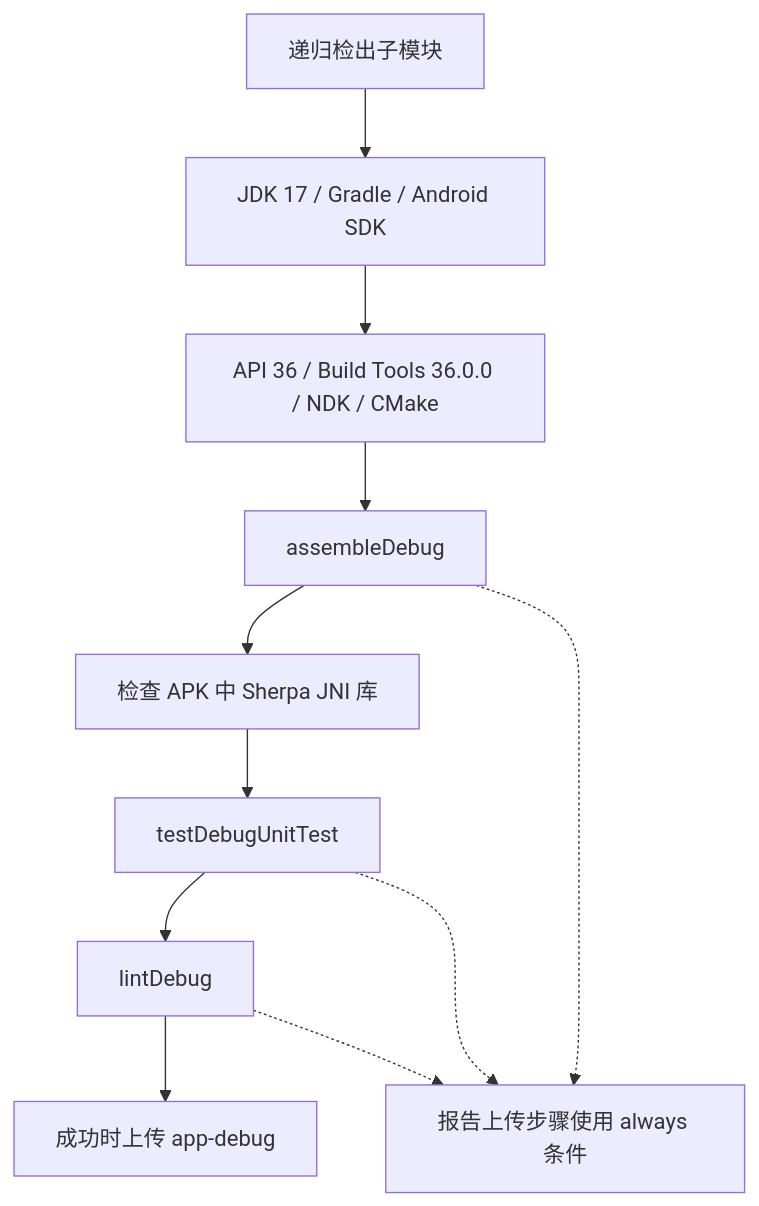
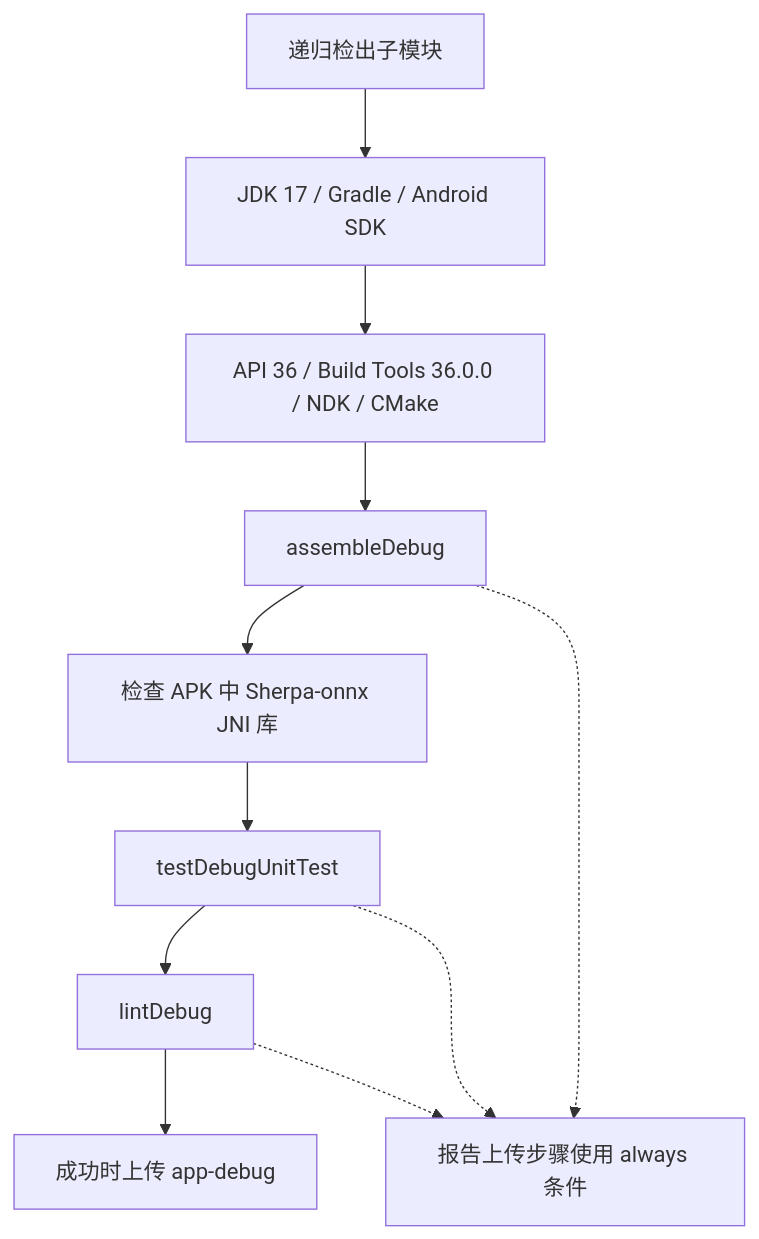
Before and after one commit to ZG0704666/Aries-AI: the diagram in Aries-site/docs/开发规范与工具/CI 流水线与测试.md, drawn with Mermaid. The commit also changed other lines of this file and 215 other files, not shown here.

````diff
--- a/Aries-site/docs/开发规范与工具/CI 流水线与测试.md
+++ b/Aries-site/docs/开发规范与工具/CI 流水线与测试.md
@@ -9,13 +9,13 @@
 ```mermaid
 flowchart TD
     Checkout["递归检出子模块"] --> Setup["JDK 17 / Gradle / Android SDK"]
     Setup --> SDK["API 36 / Build Tools 36.0.0 / NDK / CMake"]
     SDK --> Build["assembleDebug"]
-    Build --> Native["检查 APK 中 Sherpa JNI 库"]
+    Build --> Native["检查 APK 中 Sherpa-onnx JNI 库"]
     Native --> Test["testDebugUnitTest"]
     Test --> Lint["lintDebug"]
     Lint --> APK["成功时上传 app-debug"]
     Build -.-> Reports["报告上传步骤使用 always 条件"]
     Test -.-> Reports
     Lint -.-> Reports
 ```
````
